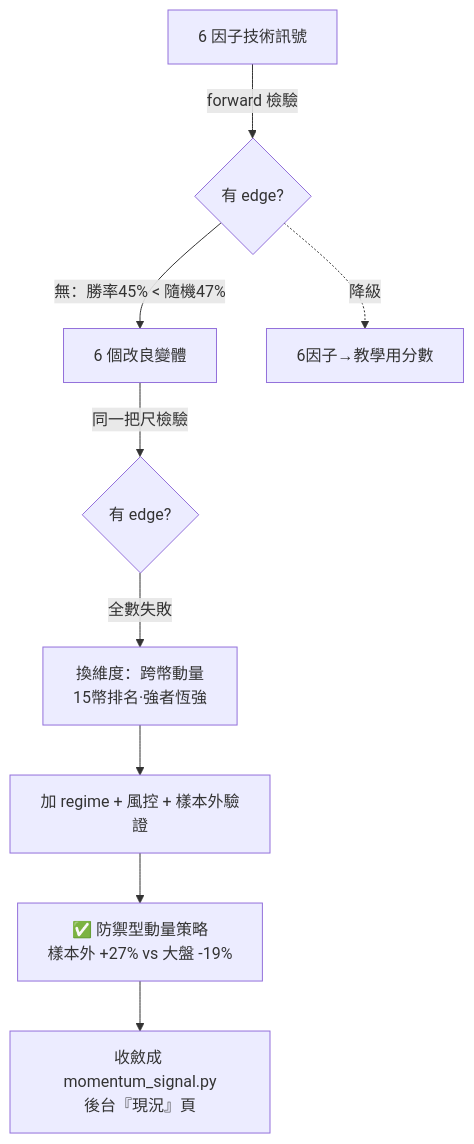
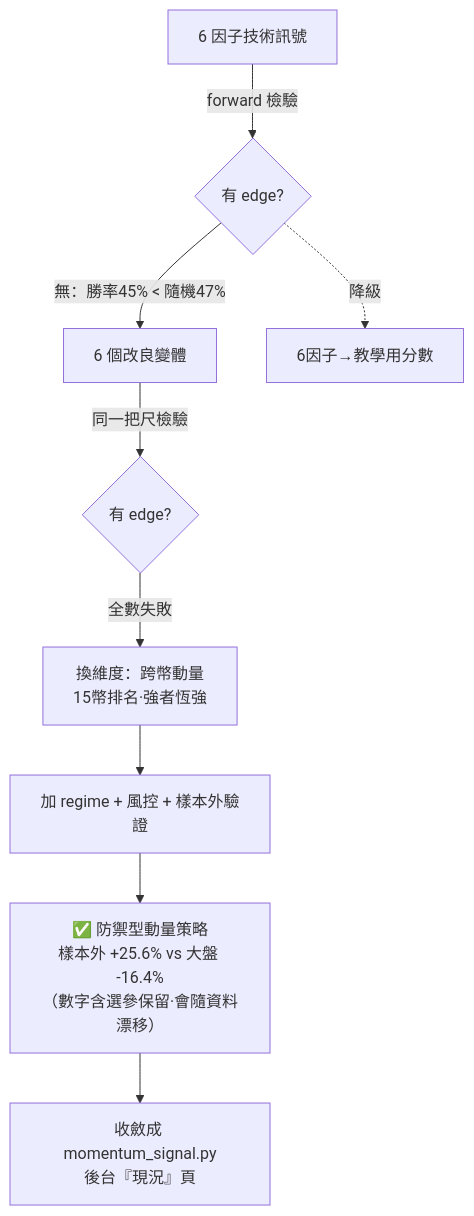
One commit to yunzhenz-chainwin/crypto-quant changed the fourth of 5 diagrams in README.md. Above: the diagram before and after it, drawn with Mermaid. The commit also changed other lines of this file and 24 other files, not shown here.

````diff
--- a/README.md
+++ b/README.md
@@ -322,11 +322,11 @@
 ```mermaid
 flowchart TD
     A["6 因子技術訊號"] -->|"forward 檢驗"| B{"有 edge?"}
     B -->|"無：勝率45% < 隨機47%"| C["6 個改良變體"]
     B -.->|"降級"| T["6因子→教學用分數"]
     C -->|"同一把尺檢驗"| D{"有 edge?"}
     D -->|"全數失敗"| E["換維度：跨幣動量<br/>15幣排名·強者恆強"]
     E --> F["加 regime + 風控 + 樣本外驗證"]
-    F --> G["✅ 防禦型動量策略<br/>樣本外 +27% vs 大盤 -19%"]
+    F --> G["✅ 防禦型動量策略<br/>樣本外 +25.6% vs 大盤 -16.4%<br/>（數字含選參保留·會隨資料漂移）"]
     G --> H["收斂成 momentum_signal.py<br/>後台『現況』頁"]
 ```
````
